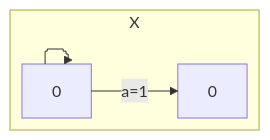
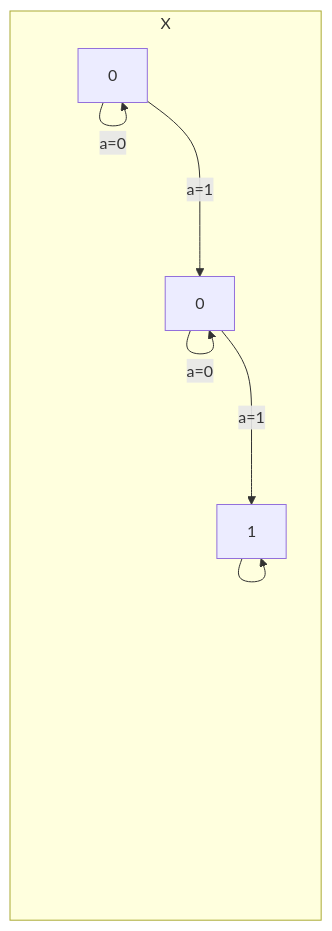
Before and after one commit to tnichols217/notes: the diagram in CSDS 281 - Logic Design/HW/8/Tables.md, drawn with Mermaid.

Commit message:
vault backup: 2024-04-03 21:54:54

````diff
--- a/CSDS 281 - Logic Design/HW/8/Tables.md
+++ b/CSDS 281 - Logic Design/HW/8/Tables.md
@@ -1,8 +1,10 @@
 ```mermaid
-%%{ init: { 'flowchart': { 'curve': 'stepBefore', "defaultRenderer": "elk" } } }%%
 flowchart LR
 subgraph X
-01[0] --->|a=1| 02[0]
-01 ---> 01
+01[0] --->|a=0| 01
+01 --->|a=1| 02[0]
+02 --->|a=0| 02
+02 --->|a=1| 1
+1 ---> 1
 end
 ```
````
